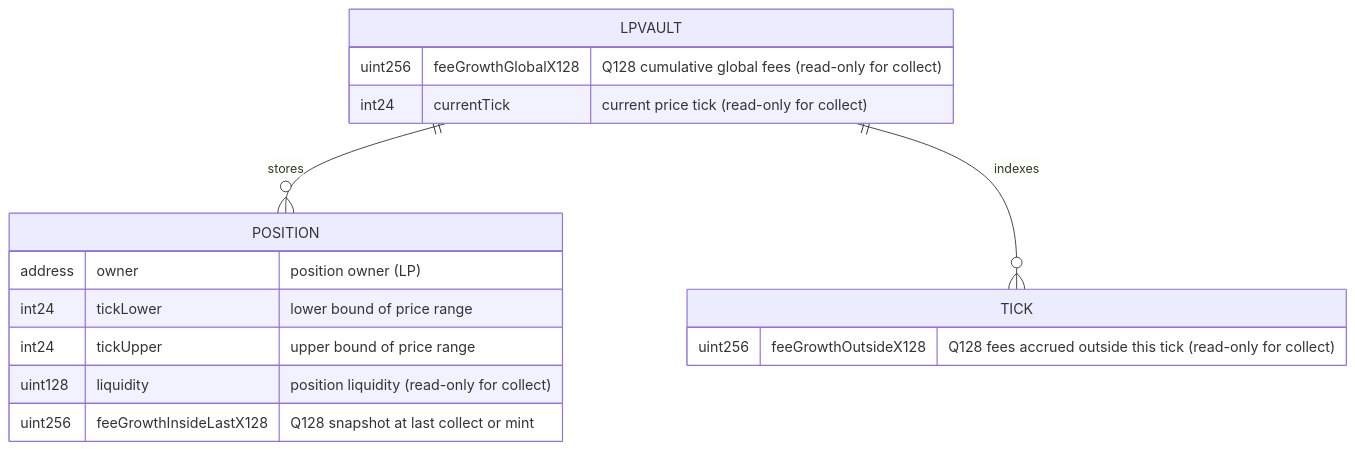
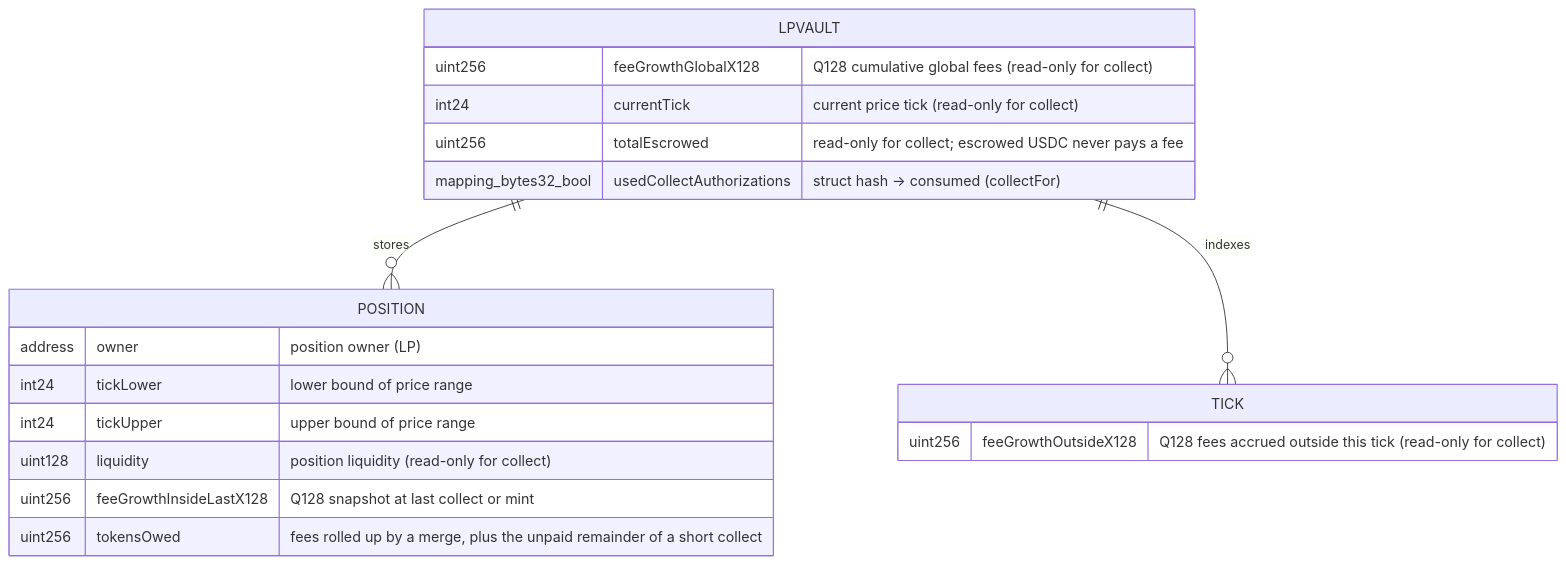
The third of 3 diagrams in specs/features/contracts/FEAT-U079-collect-fees-on-a-position/ARCHITECTURE.md (ProphetMarket/lp-vaults), drawn with Mermaid before and after one commit. The commit also changed other lines of this file and 40 other files, not shown here.

````diff
--- a/specs/features/contracts/FEAT-U079-collect-fees-on-a-position/ARCHITECTURE.md
+++ b/specs/features/contracts/FEAT-U079-collect-fees-on-a-position/ARCHITECTURE.md
@@ -51,19 +70,22 @@
 ```mermaid
 erDiagram
     POSITION {
         address owner "position owner (LP)"
         int24 tickLower "lower bound of price range"
         int24 tickUpper "upper bound of price range"
         uint128 liquidity "position liquidity (read-only for collect)"
         uint256 feeGrowthInsideLastX128 "Q128 snapshot at last collect or mint"
+        uint256 tokensOwed "fees rolled up by a merge, plus the unpaid remainder of a short collect"
     }
     TICK {
         uint256 feeGrowthOutsideX128 "Q128 fees accrued outside this tick (read-only for collect)"
     }
     LPVAULT {
         uint256 feeGrowthGlobalX128 "Q128 cumulative global fees (read-only for collect)"
         int24 currentTick "current price tick (read-only for collect)"
+        uint256 totalEscrowed "read-only for collect; escrowed USDC never pays a fee"
+        mapping_bytes32_bool usedCollectAuthorizations "struct hash -> consumed (collectFor)"
     }
     LPVAULT ||--o{ POSITION : "stores"
     LPVAULT ||--o{ TICK : "indexes"
 ```
````
